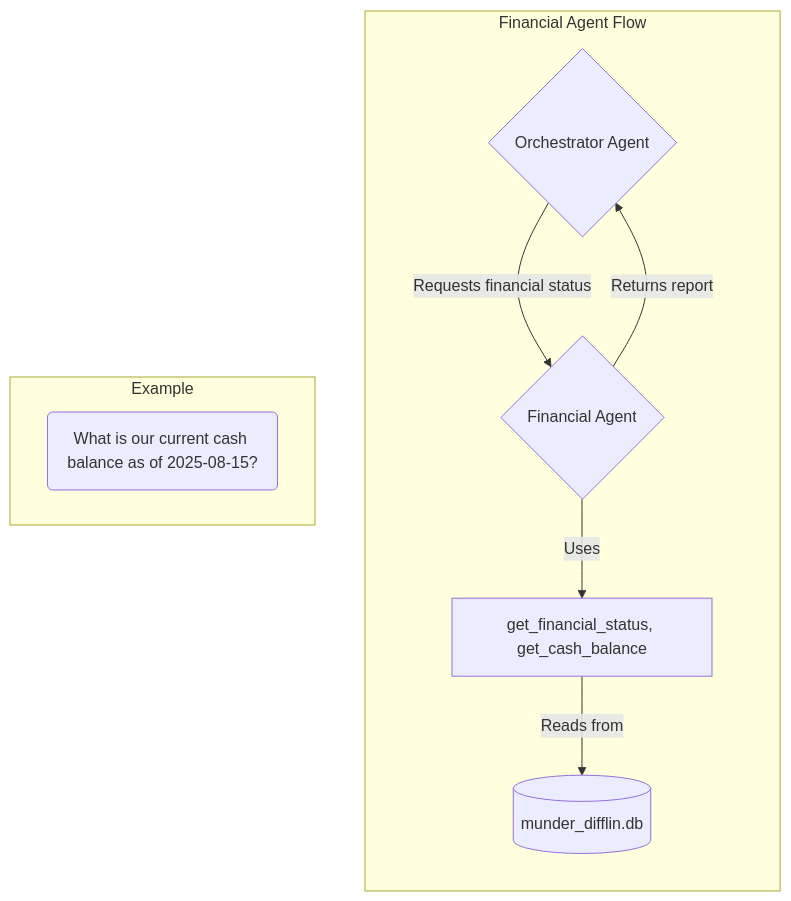
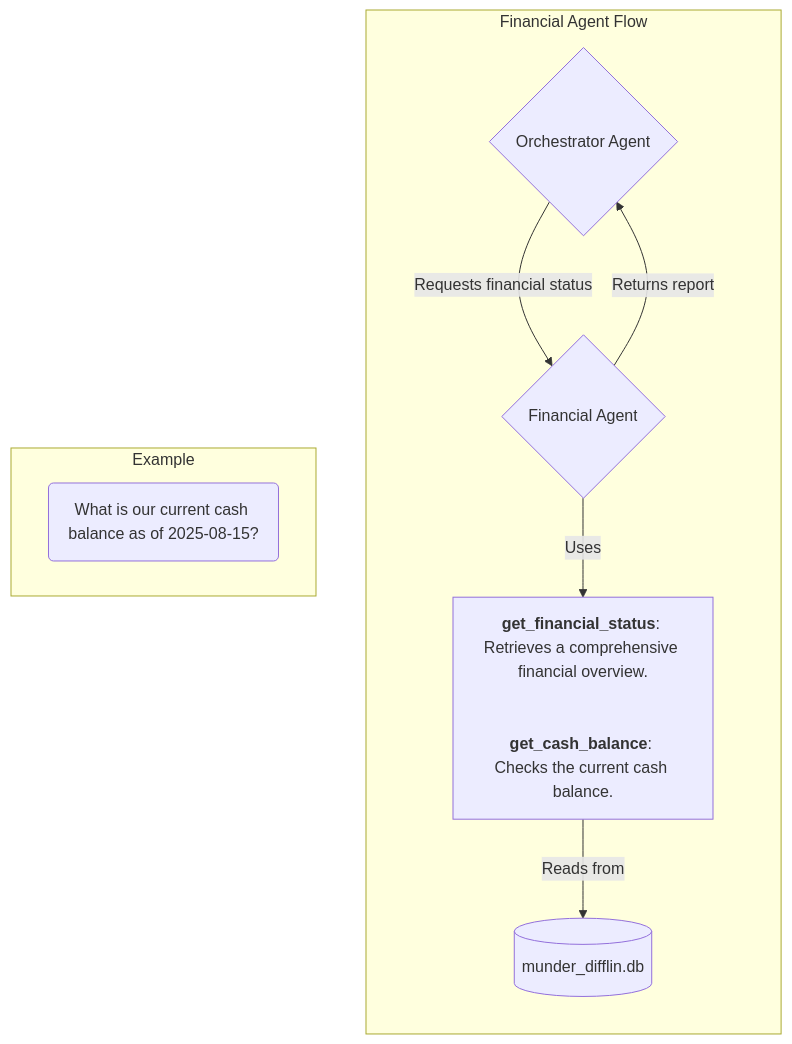
Before and after one commit to HyungunKim/nd_ai_agent_project4: the sixth of 11 diagrams in README.md, drawn with Mermaid. The commit also changed other lines of this file, not shown here.

Commit message:
Update the README.md for tool diagrams

````diff
--- a/README.md
+++ b/README.md
@@ -200,14 +213,17 @@
 ```mermaid
 graph TD
     subgraph Financial Agent Flow
         direction TB
         Orchestrator{Orchestrator Agent} -- "Requests financial status" --> FinancialAgent{Financial Agent}
-        FinancialAgent -- "Uses" --> Tools[get_financial_status, get_cash_balance]
+        FinancialAgent -- "Uses" --> Tools["
+            <b>get_financial_status</b>: Retrieves a comprehensive financial overview.<br>
+            <b>get_cash_balance</b>: Checks the current cash balance.
+        "]
         Tools -- "Reads from" --> Database[(munder_difflin.db)]
         FinancialAgent -- "Returns report" --> Orchestrator
     end
     subgraph Example
         direction LR
         Prompt("What is our current cash balance as of 2025-08-15?")
     end
 ```
````
